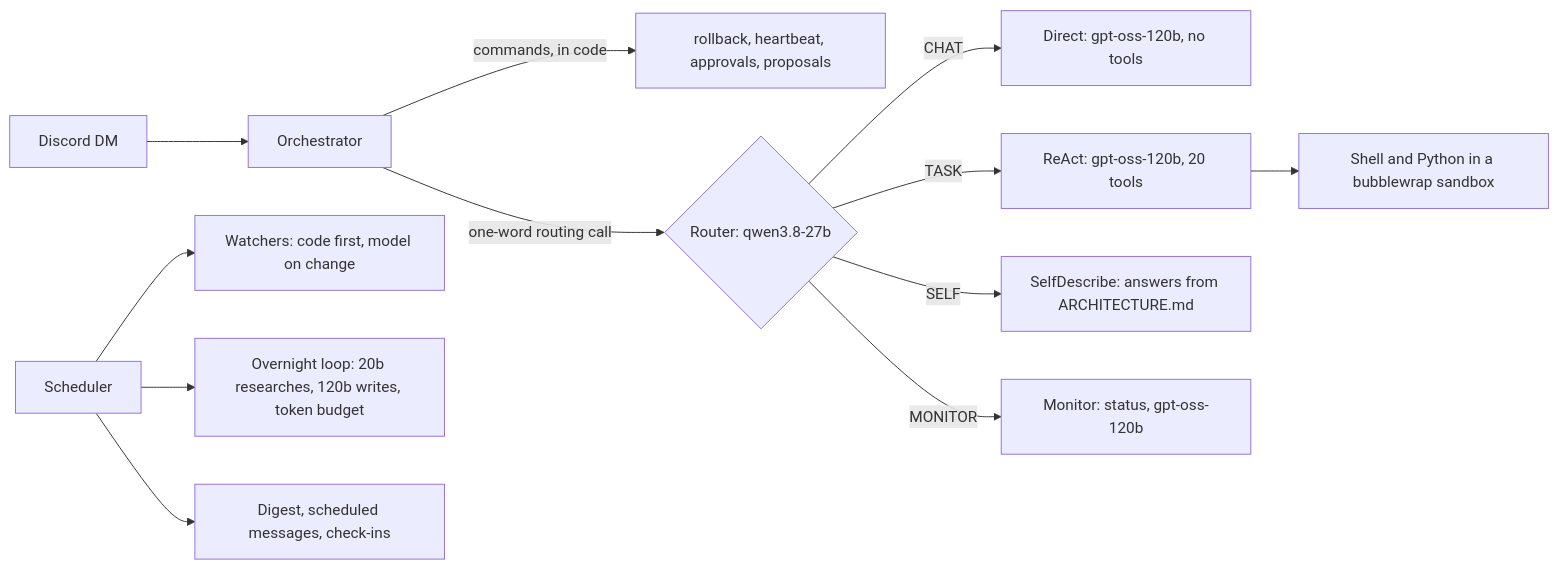
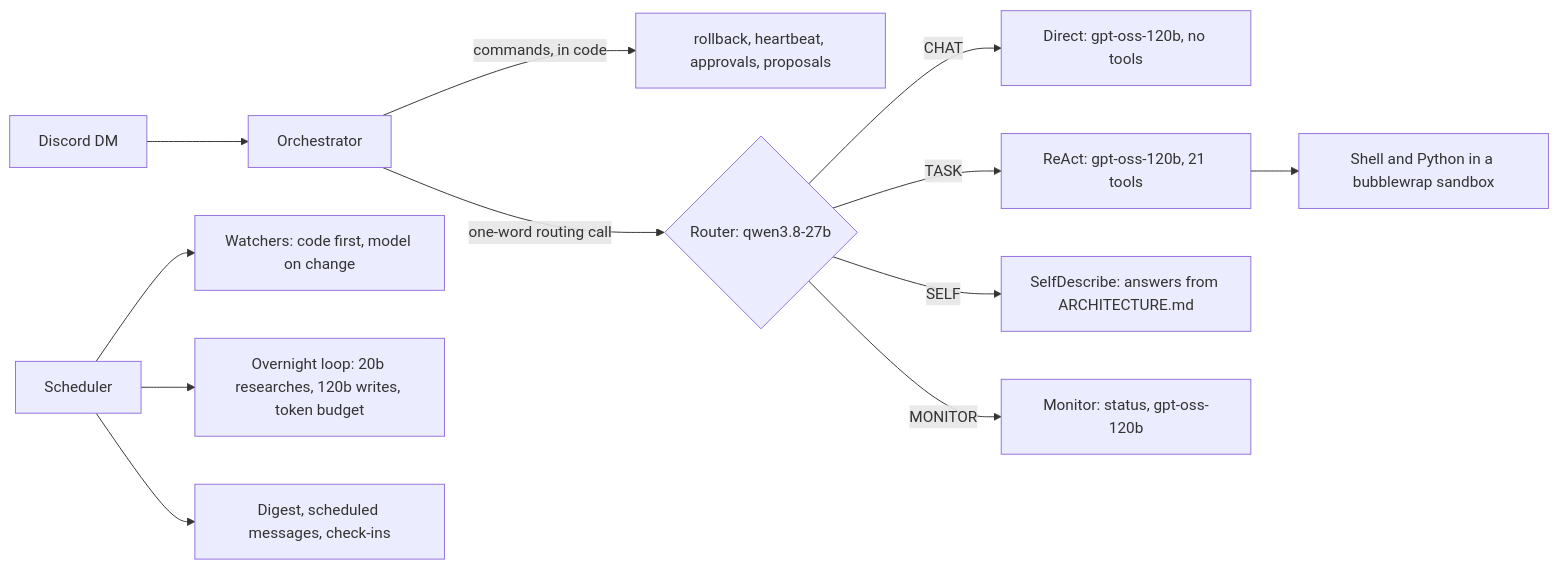
Before and after one commit to neoprimlabs/I.G.O.R.: the diagram in README.md, drawn with Mermaid. The commit also changed other lines of this file and 10 other files, not shown here.

````diff
--- a/README.md
+++ b/README.md
@@ -33,14 +33,14 @@
 ```mermaid
 flowchart LR
     U["Discord DM"] --> O["Orchestrator"]
     O -->|"commands, in code"| K["rollback, heartbeat, approvals, proposals"]
     O -->|"one-word routing call"| R{"Router: qwen3.8-27b"}
     R -->|CHAT| D["Direct: gpt-oss-120b, no tools"]
-    R -->|TASK| A["ReAct: gpt-oss-120b, 20 tools"]
+    R -->|TASK| A["ReAct: gpt-oss-120b, 21 tools"]
     R -->|SELF| S["SelfDescribe: answers from ARCHITECTURE.md"]
     R -->|MONITOR| M["Monitor: status, gpt-oss-120b"]
     A --> B["Shell and Python in a bubblewrap sandbox"]
     J["Scheduler"] --> W["Watchers: code first, model on change"]
     J --> N["Overnight loop: 20b researches, 120b writes, token budget"]
     J --> G["Digest, scheduled messages, check-ins"]
 ```
````
